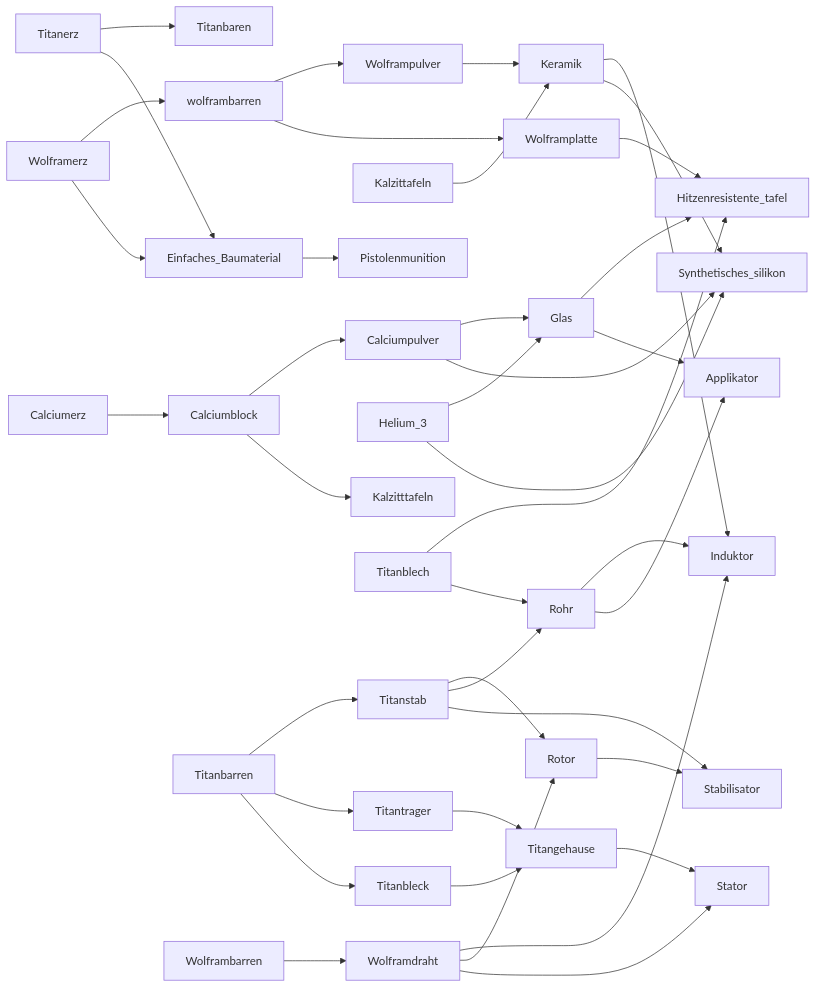
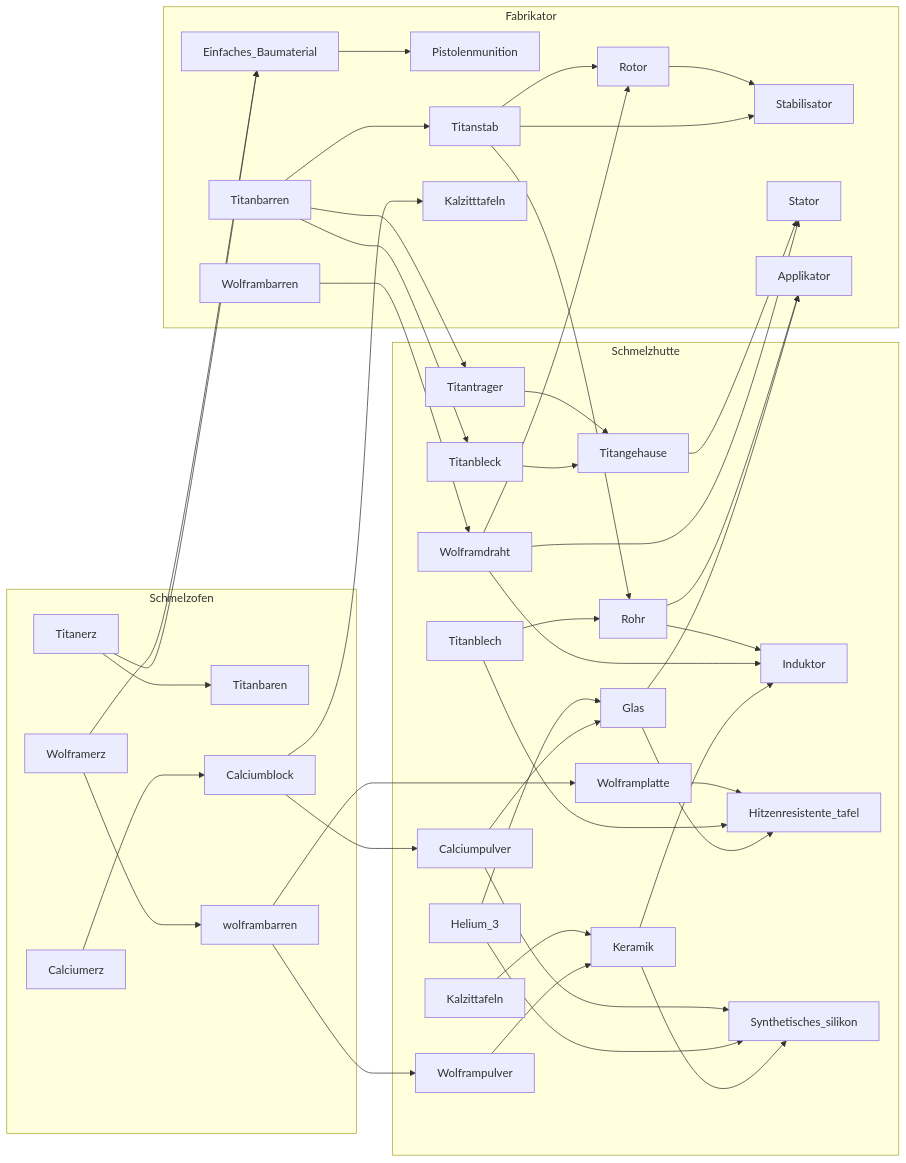
Before and after one commit to andrevdl/StarRuptere: the diagram in tree.md, drawn with Mermaid.

Commit message:
place into blocks

````diff
--- a/tree.md
+++ b/tree.md
@@ -1,42 +1,48 @@
 ```mermaid
 graph LR;
+    subgraph Schmelzofen
     Titanerz-->Titanbaren;
     Wolframerz-->wolframbarren;
     Calciumerz-->Calciumblock;
+    end
+    subgraph Schmelzhutte
     wolframbarren-->Wolframpulver;
     Calciumblock-->Calciumpulver;
     Kalzittafeln-->Keramik
     Wolframpulver-->Keramik;
     Titantrager-->Titangehause;
     Titanbleck-->Titangehause;
     Helium_3-->Glas
     Calciumpulver-->Glas;
     Rohr-->Induktor;
     Wolframdraht-->Induktor;
     Keramik-->Induktor;
     Wolframplatte-->Hitzenresistente_tafel;
     Titanblech-->Hitzenresistente_tafel;
     Glas-->Hitzenresistente_tafel;
     Calciumpulver-->Synthetisches_silikon;
     Helium_3-->Synthetisches_silikon;
     Keramik-->Synthetisches_silikon;
+    end
+    subgraph Fabrikator
     Wolframerz-->Einfaches_Baumaterial;
     Titanerz-->Einfaches_Baumaterial;
     Einfaches_Baumaterial-->Pistolenmunition;
     Titanbarren-->Titanstab;
     Wolframbarren-->Wolframdraht;
     Calciumblock-->Kalzitttafeln;
     Titanbarren-->Titantrager;
     Titanbarren-->Titanbleck;
     wolframbarren-->Wolframplatte;
     Titanstab-->Rotor;
     Wolframdraht-->Rotor;
     Titanstab-->Rohr;
     Titanblech-->Rohr;
     Rotor-->Stabilisator;
     Titanstab-->Stabilisator;
     Titangehause-->Stator;
     Wolframdraht-->Stator;
     Rohr-->Applikator;
     Glas-->Applikator;
+    end
 ```
````
